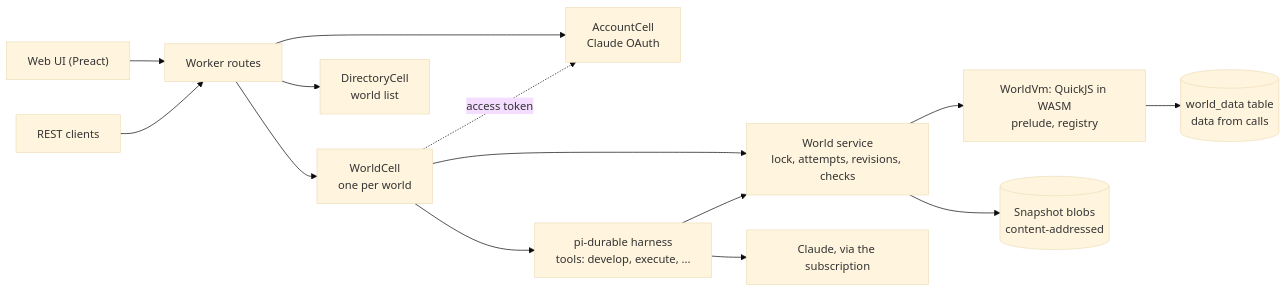
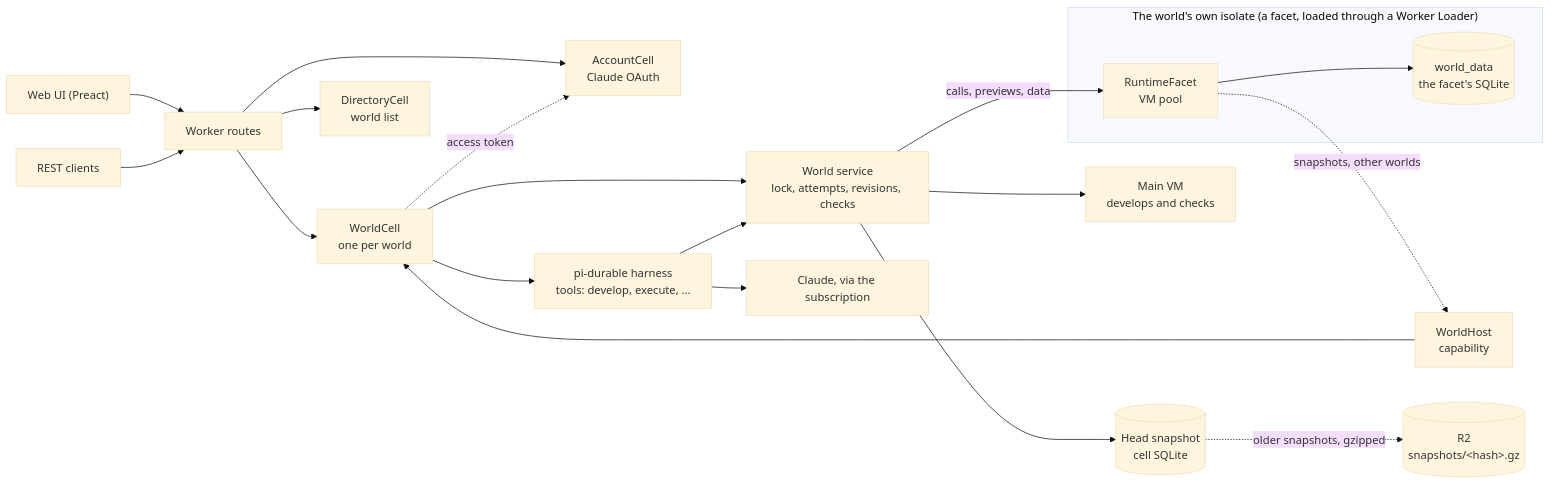
Before and after one commit to igouss/pi-world: the second of 3 diagrams in README.md, drawn with Mermaid (base theme). The commit also changed other lines of this file and 2 other files, not shown here.

First line of the commit message:
readme: document the world's runtime isolate, tiered snapshots and the preview

````diff
--- a/README.md
+++ b/README.md
@@ -374,16 +376,22 @@
 ```mermaid
 flowchart LR
     UI["Web UI (Preact)"] --> W["Worker routes"]
     REST["REST clients"] --> W
     W --> C["WorldCell<br/>one per world"]
     W --> A["AccountCell<br/>Claude OAuth"]
     W --> DIR["DirectoryCell<br/>world list"]
     C --> H["pi-durable harness<br/>tools: develop, execute, ..."]
     C --> WS["World service<br/>lock, attempts, revisions, checks"]
     H --> WS
-    WS --> VM["WorldVm: QuickJS in WASM<br/>prelude, registry"]
+    WS --> MAIN["Main VM<br/>develops and checks"]
+    WS -- "calls, previews, data" --> RT
+    subgraph ISO["The world's own isolate (a facet, loaded through a Worker Loader)"]
+        RT["RuntimeFacet<br/>VM pool"] --> D[("world_data<br/>the facet's SQLite")]
+    end
+    RT -. "snapshots, other worlds" .-> HOST["WorldHost<br/>capability"]
+    HOST --> C
     H --> M["Claude, via the subscription"]
     C -. access token .-> A
-    WS --> B[("Snapshot blobs<br/>content-addressed")]
-    VM --> D[("world_data table<br/>data from calls")]
+    WS --> B[("Head snapshot<br/>cell SQLite")]
+    B -. "older snapshots, gzipped" .-> R2[("R2<br/>snapshots/&lt;hash&gt;.gz")]
 ```
````
